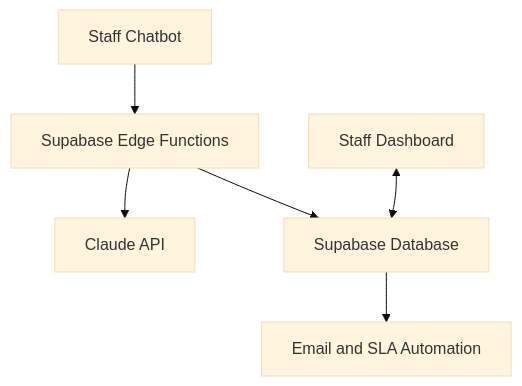
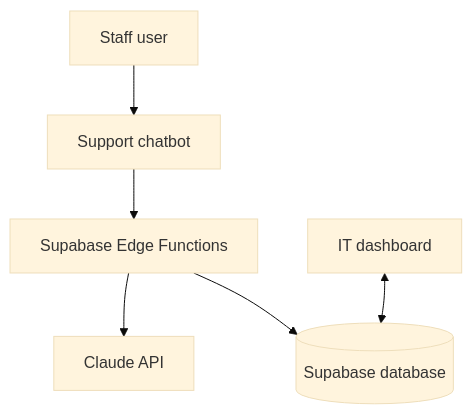
One commit to judyluu29/maryco_operation_support_system changed the diagram in README.md. Above: the diagram before and after it, drawn with Mermaid (base theme). The commit also changed other lines of this file, not shown here.

````diff
--- a/README.md
+++ b/README.md
@@ -81,8 +88,8 @@
 ```mermaid
 flowchart TD
-    A[Staff Chatbot] --> B[Supabase Edge Functions]
-    B --> C[Claude API]
-    B --> D[Supabase Database]
-    E[Staff Dashboard] <--> D
-    D --> F[Email and SLA Automation]
+    A[Staff user] --> B[Support chatbot]
+    B --> C[Supabase Edge Functions]
+    C --> D[Claude API]
+    C --> E[(Supabase database)]
+    F[IT dashboard] <--> E
 ```
````
